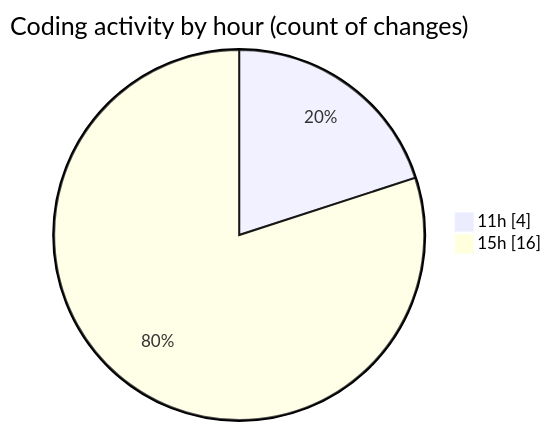
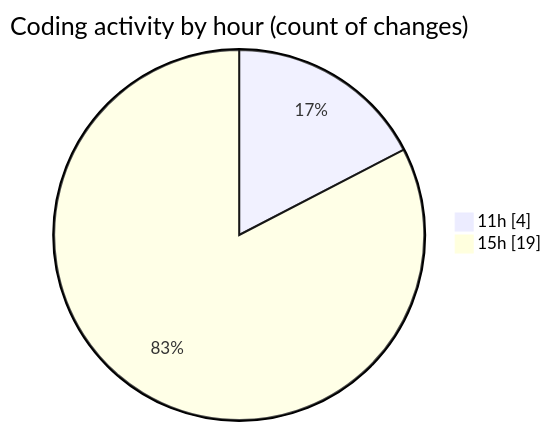
One commit to nxtqubesakshisongat/code-tracking changed the second of 2 diagrams in 2025-05-29/nxtqube_webapp/README.md. Above: the diagram before and after it, drawn with Mermaid. The commit also changed other lines of this file and 1 other file, not shown here.

````diff
--- a/2025-05-29/nxtqube_webapp/README.md
+++ b/2025-05-29/nxtqube_webapp/README.md
@@ -34,6 +34,6 @@
 ```mermaid
 pie showData
 title Coding activity by hour (count of changes)
 "11h" : 4
-"15h" : 16
+"15h" : 19
 ```
````
